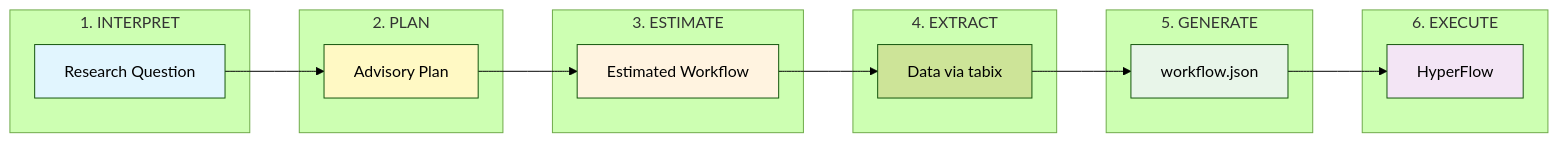
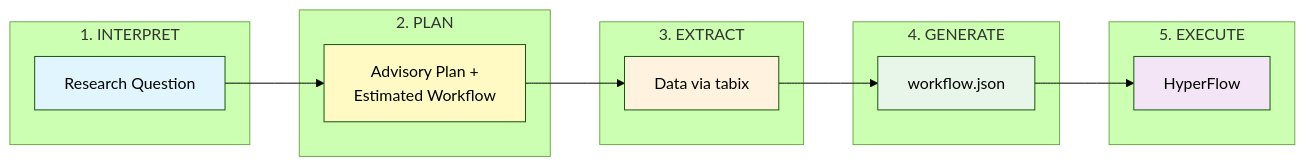
The first of 2 diagrams in workflow-composer/README.md (hyperflow-wms/1000genome-workflow), drawn with Mermaid (forest theme) before and after one commit. The commit also changed other lines of this file and 4 other files, not shown here.

First line of the commit message:
Simplify pipeline from 6 phases to 5 by merging PLAN and ESTIMATE

````diff
--- a/workflow-composer/README.md
+++ b/workflow-composer/README.md
@@ -9,34 +9,30 @@
 ```mermaid
 flowchart LR
     subgraph Step1["1. INTERPRET"]
         A["Research Question"]
     end
 
     subgraph Step2["2. PLAN"]
-        B["Advisory Plan"]
+        B["Advisory Plan +<br/>Estimated Workflow"]
     end
 
-    subgraph Step3["3. ESTIMATE"]
-        C["Estimated Workflow"]
+    subgraph Step3["3. EXTRACT"]
+        C["Data via tabix"]
     end
 
-    subgraph Step4["4. EXTRACT"]
-        D["Data via tabix"]
+    subgraph Step4["4. GENERATE"]
+        D["workflow.json"]
     end
 
-    subgraph Step5["5. GENERATE"]
-        E["workflow.json"]
+    subgraph Step5["5. EXECUTE"]
+        E["HyperFlow"]
     end
 
-    subgraph Step6["6. EXECUTE"]
-        F["HyperFlow"]
-    end
-
-    A --> B --> C --> D --> E --> F
+    A --> B --> C --> D --> E
 
     style A fill:#e1f5fe
     style B fill:#fff9c4
     style C fill:#fff3e0
-    style E fill:#e8f5e9
-    style F fill:#f3e5f5
+    style D fill:#e8f5e9
+    style E fill:#f3e5f5
 ```
````
